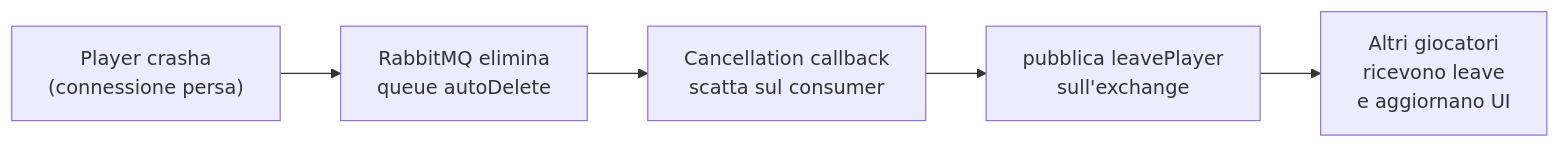
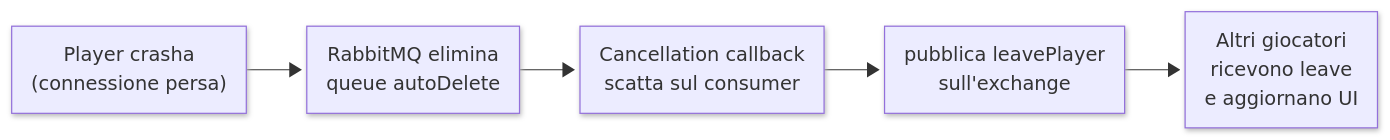
One commit to JBmanu/PCD-03 changed the sixth of 7 diagrams in sudoku-mom/doc/report.md. Above: the diagram before and after it, drawn with Mermaid. The commit also changed other lines of this file and 1 other file, not shown here.

````diff
--- a/sudoku-mom/doc/report.md
+++ b/sudoku-mom/doc/report.md
@@ -187,7 +208,13 @@
 ```mermaid
+---
+config:
+  theme: default
+  layout: dagre
+  look: neo
+---
 flowchart LR
-    A["Player crasha\n(connessione persa)"] --> B["RabbitMQ elimina\nqueue autoDelete"]
-    B --> C["Cancellation callback\nscatta sul consumer"]
-    C --> D["pubblica leavePlayer\nsull'exchange"]
-    D --> E["Altri giocatori\nricevono leave\ne aggiornano UI"]
+    A["Player crasha<br/>(connessione persa)"] --> B["RabbitMQ elimina<br/>queue autoDelete"]
+    B --> C["Cancellation callback<br/>scatta sul consumer"]
+    C --> D["pubblica leavePlayer<br/>sull'exchange"]
+    D --> E["Altri giocatori<br/>ricevono leave<br/>e aggiornano UI"]
 ```
````
